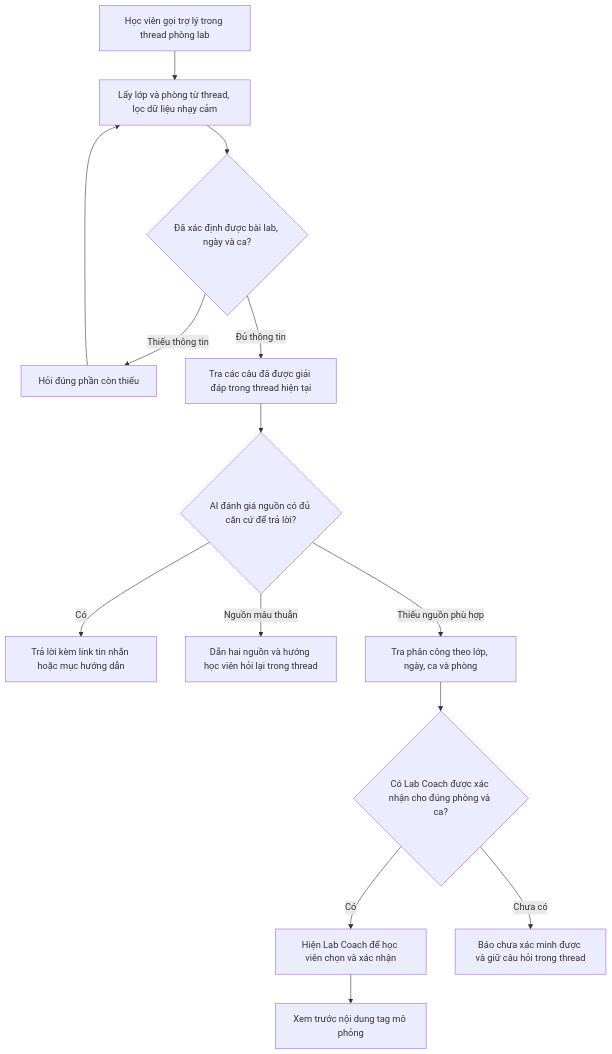
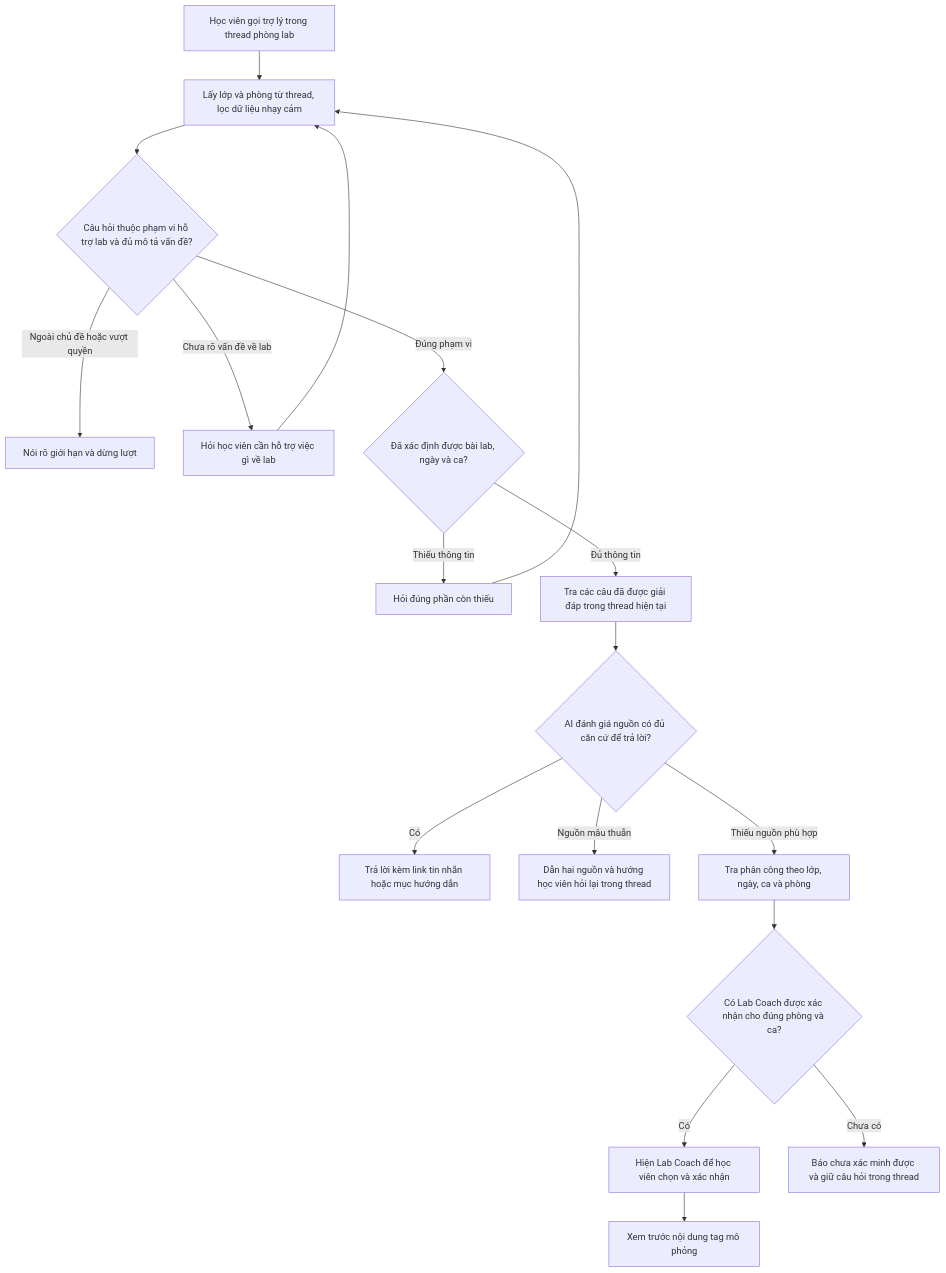
One commit to duyanhtran2005/K5-Day15-L3A-MergeConflict changed the diagram in spec.md. Above: the diagram before and after it, drawn with Mermaid. The commit also changed other lines of this file and 2 other files, not shown here.

Commit message:
Add lab scope guard and test cases

````diff
--- a/spec.md
+++ b/spec.md
@@ -46,16 +46,20 @@
   ```mermaid
   flowchart TD
       A["Học viên gọi trợ lý trong thread phòng lab"] --> B["Lấy lớp và phòng từ thread, lọc dữ liệu nhạy cảm"]
-      B --> C{"Đã xác định được bài lab, ngày và ca?"}
+      B --> S{"Câu hỏi thuộc phạm vi hỗ trợ lab và đủ mô tả vấn đề?"}
+      S -->|Ngoài chủ đề hoặc vượt quyền| R["Nói rõ giới hạn và dừng lượt"]
+      S -->|Chưa rõ vấn đề về lab| Q["Hỏi học viên cần hỗ trợ việc gì về lab"]
+      Q --> B
+      S -->|Đúng phạm vi| C{"Đã xác định được bài lab, ngày và ca?"}
       C -->|Thiếu thông tin| D["Hỏi đúng phần còn thiếu"]
       D --> B
       C -->|Đủ thông tin| E["Tra các câu đã được giải đáp trong thread hiện tại"]
       E --> F{"AI đánh giá nguồn có đủ căn cứ để trả lời?"}
       F -->|Có| G["Trả lời kèm link tin nhắn hoặc mục hướng dẫn"]
       F -->|Nguồn mâu thuẫn| P["Dẫn hai nguồn và hướng học viên hỏi lại trong thread"]
       F -->|Thiếu nguồn phù hợp| H["Tra phân công theo lớp, ngày, ca và phòng"]
       H --> I{"Có Lab Coach được xác nhận cho đúng phòng và ca?"}
       I -->|Có| J["Hiện Lab Coach để học viên chọn và xác nhận"]
       I -->|Chưa có| K["Báo chưa xác minh được và giữ câu hỏi trong thread"]
       J --> L["Xem trước nội dung tag mô phỏng"]
   ```
````
